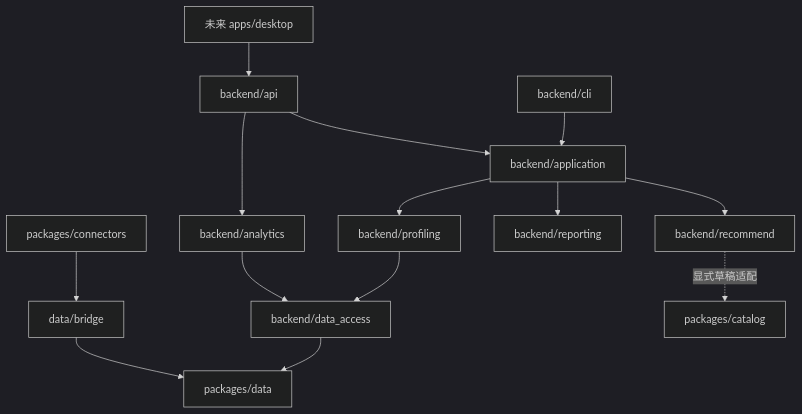
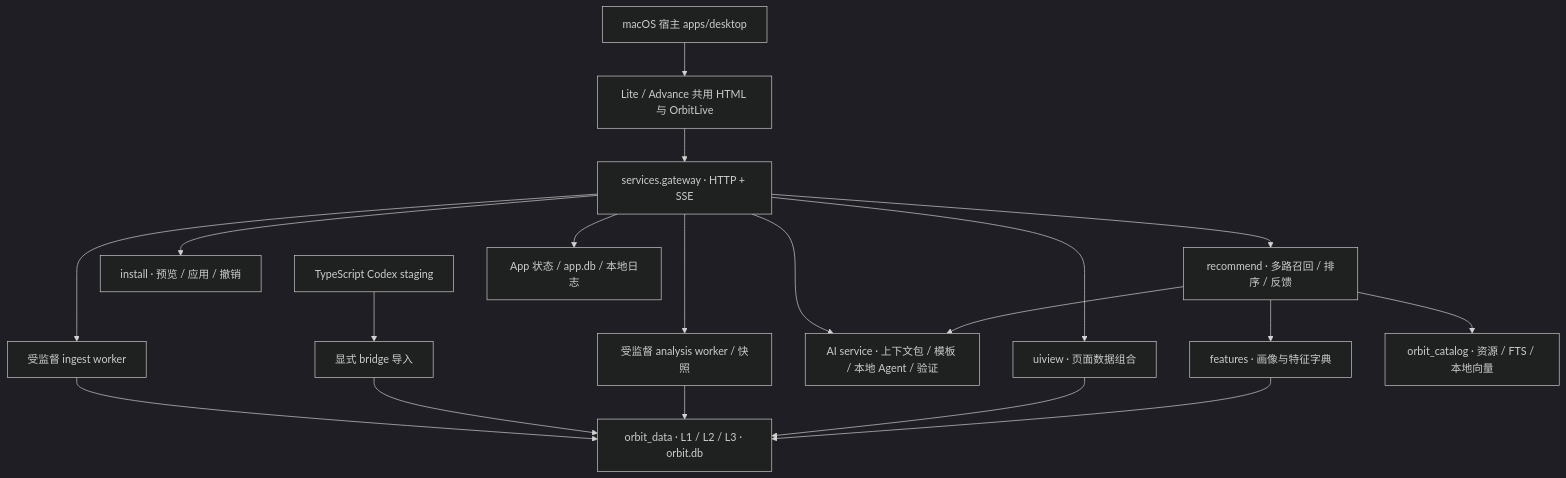
One commit to Orbit-Labs-AI/Orbit-Zhiyin changed the diagram in docs/architecture/module-map.md. Above: the diagram before and after it, drawn with Mermaid (dark theme). The commit also changed other lines of this file and 16 other files, not shown here.

````diff
--- a/docs/architecture/module-map.md
+++ b/docs/architecture/module-map.md
@@ -7,16 +7,21 @@
 ```mermaid
 flowchart TD
-  App["未来 apps/desktop"] --> API["backend/api"]
-  CLI["backend/cli"] --> UseCase["backend/application"]
-  API --> UseCase
-  API --> Analytics["backend/analytics"]
-  UseCase --> Profile["backend/profiling"]
-  UseCase --> Rec["backend/recommend"]
-  UseCase --> Report["backend/reporting"]
-  Profile --> Access["backend/data_access"]
-  Analytics --> Access
-  Access --> Data["packages/data"]
-  Staging["packages/connectors"] --> Bridge["data/bridge"]
+  Native["macOS 宿主 apps/desktop"] --> UI["Lite / Advance 共用 HTML 与 OrbitLive"]
+  UI --> GW["services.gateway · HTTP + SSE"]
+  GW --> Import["受监督 ingest worker"]
+  GW --> Analysis["受监督 analysis worker / 快照"]
+  GW --> Views["uiview · 页面数据组合"]
+  GW --> AI["AI service · 上下文包 / 模板 / 本地 Agent / 验证"]
+  GW --> Rec["recommend · 多路召回 / 排序 / 反馈"]
+  GW --> Install["install · 预览 / 应用 / 撤销"]
+  Import --> Data["orbit_data · L1 / L2 / L3 · orbit.db"]
+  TS["TypeScript Codex staging"] --> Bridge["显式 bridge 导入"]
   Bridge --> Data
-  Rec -. 显式草稿适配 .-> Catalog["packages/catalog"]
+  Analysis --> Data
+  Views --> Data
+  Rec --> Features["features · 画像与特征字典"]
+  Features --> Data
+  Rec --> Catalog["orbit_catalog · 资源 / FTS / 本地向量"]
+  Rec --> AI
+  GW --> State["App 状态 / app.db / 本地日志"]
 ```
````
